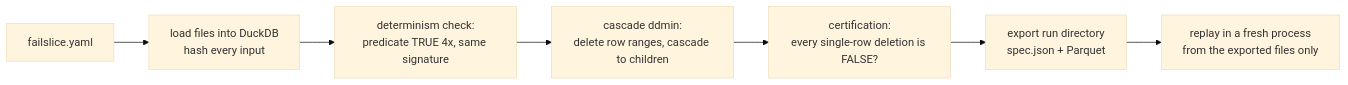
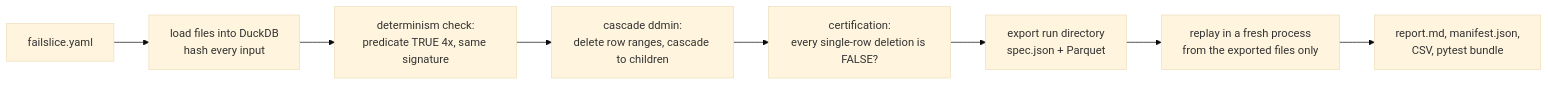
One commit to sdmhdn/failslice changed the diagram in README.md. Above: the diagram before and after it, drawn with Mermaid (base theme). The commit also changed other lines of this file and 10 other files, not shown here.

````diff
--- a/README.md
+++ b/README.md
@@ -44,9 +44,10 @@
 ```mermaid
 flowchart LR
     CFG[failslice.yaml] --> LOAD[load files into DuckDB<br/>hash every input]
     LOAD --> CHECK[determinism check:<br/>predicate TRUE 4x, same signature]
     CHECK --> RED[cascade ddmin:<br/>delete row ranges, cascade to children]
     RED --> CERT[certification:<br/>every single-row deletion is FALSE?]
     CERT --> EXP[export run directory<br/>spec.json + Parquet]
     EXP --> VER[replay in a fresh process<br/>from the exported files only]
+    VER --> ART[report.md, manifest.json,<br/>CSV, pytest bundle]
 ```
````
